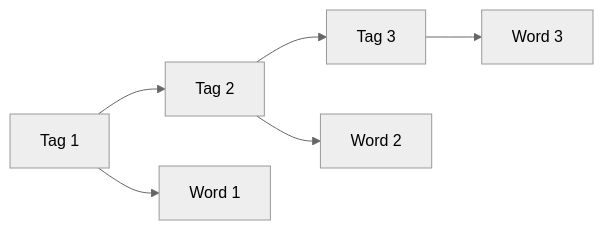
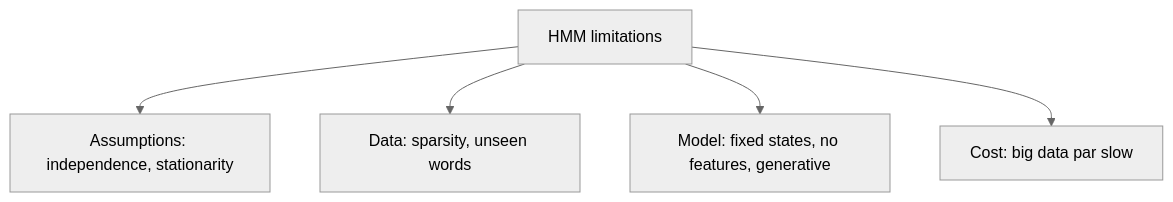
One commit to TrendySloth1001/sem-seven-notes changed the diagram in content/natural-language-processing/pyq/2022-12-ce/q4a.hi.mdx. Above: the diagram before and after it, drawn with Mermaid (neutral theme). The commit also changed other lines of this file and 406 other files, not shown here.

````diff
--- a/content/natural-language-processing/pyq/2022-12-ce/q4a.hi.mdx
+++ b/content/natural-language-processing/pyq/2022-12-ce/q4a.hi.mdx
@@ -17,8 +18,8 @@
 ```mermaid
-%% caption: HMM tagging sirf pichhla tag (tags ke beech arrows) aur word ka apna tag (neeche arrows) use karti hai. Aur kuch nahi dikhta.
-flowchart LR
-  T1["Tag 1"] --> T2["Tag 2"] --> T3["Tag 3"]
-  T1 --> W1["Word 1"]
-  T2 --> W2["Word 2"]
-  T3 --> W3["Word 3"]
+%% caption: HMM ki limitations wajah ke hisaab se.
+flowchart TD
+  A["HMM limitations"] --> B["Assumptions: independence, stationarity"]
+  A --> C["Data: sparsity, unseen words"]
+  A --> D["Model: fixed states, no features, generative"]
+  A --> E["Cost: big data par slow"]
 ```
````
